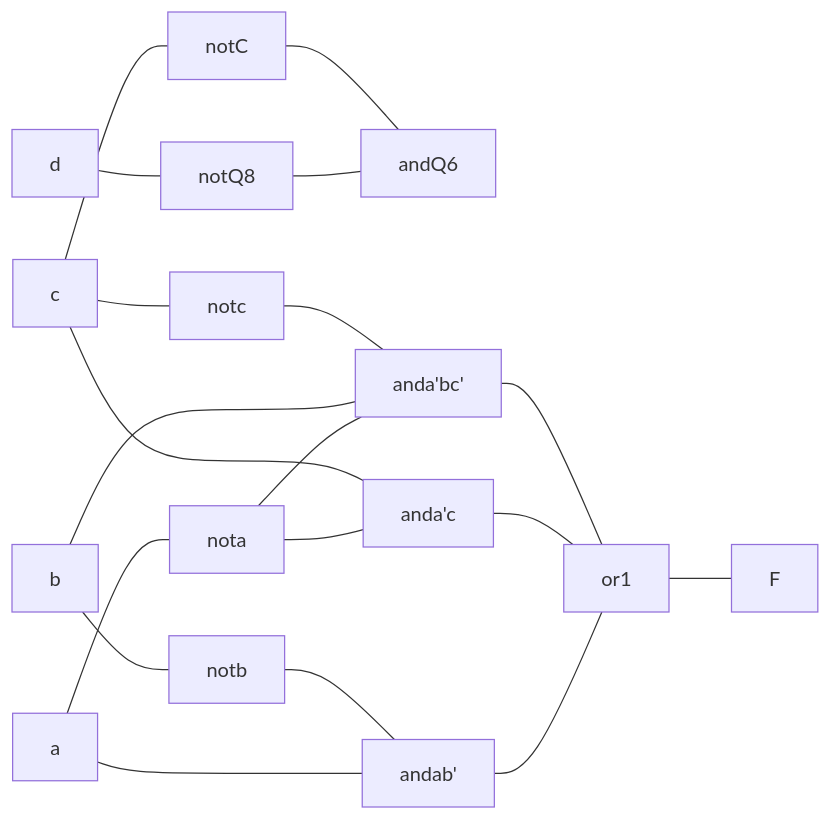
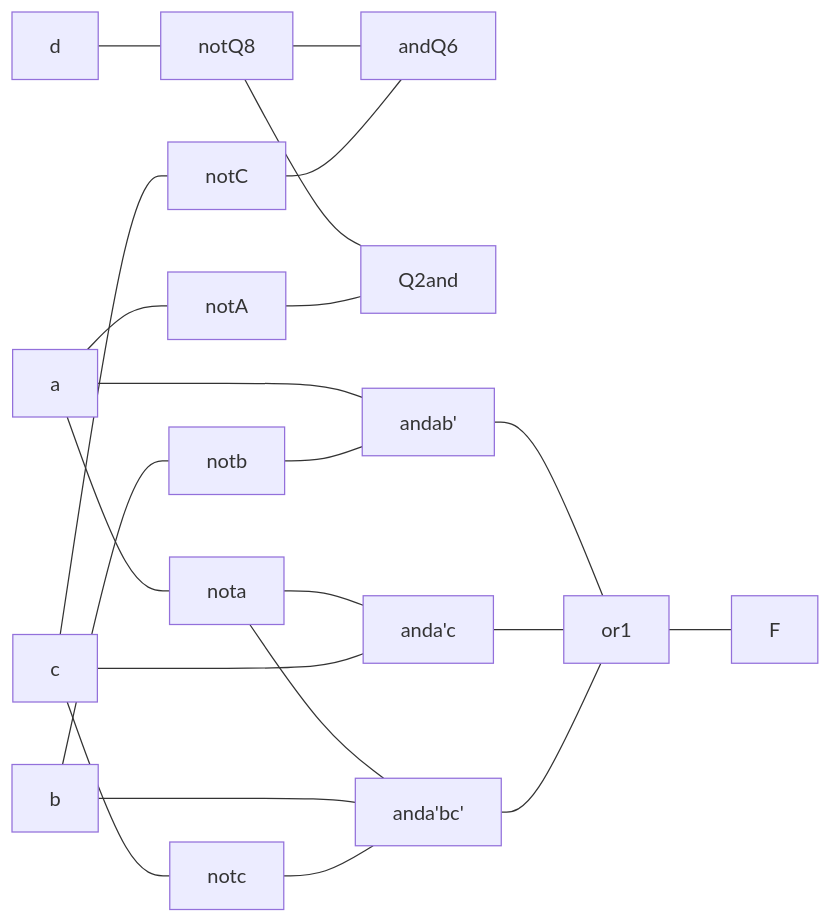
One commit to tnichols217/notes changed the first of 2 diagrams in CSDS 281 - Logic Design/HW/3/Tables.md. Above: the diagram before and after it, drawn with Mermaid.

Commit message:
vault backup: 2024-02-14 19:17:20

````diff
--- a/CSDS 281 - Logic Design/HW/3/Tables.md
+++ b/CSDS 281 - Logic Design/HW/3/Tables.md
@@ -2,24 +2,28 @@
 ```mermaid
 flowchart LR
 
 d --- notQ8
 
 c --- notC
 
 notQ8 & notC --- andQ6
+
+a --- notA
+
+notQ8 & notA --- Q2and
 
 
 
 b --- notb
 a & notb --- andab'
 
 a --- nota
 nota & c --- anda'c
 
 c --- notc
 nota & b & notc --- anda'bc'
 
 andab' & anda'c & anda'bc' --- or1
 
 or1 --- F
 ```
````
